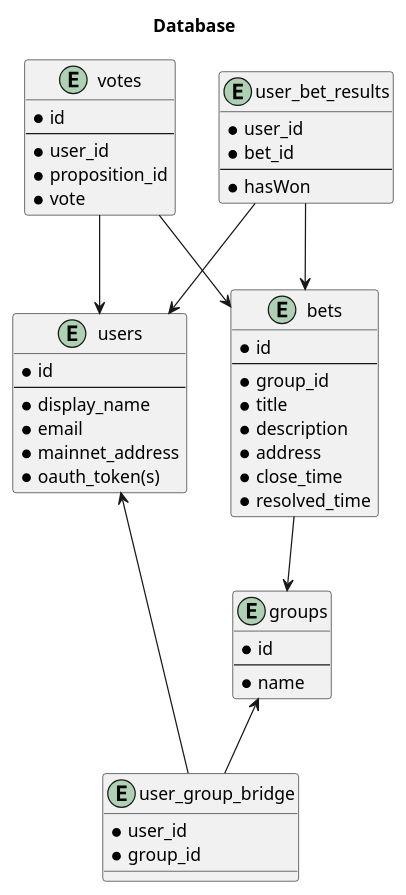
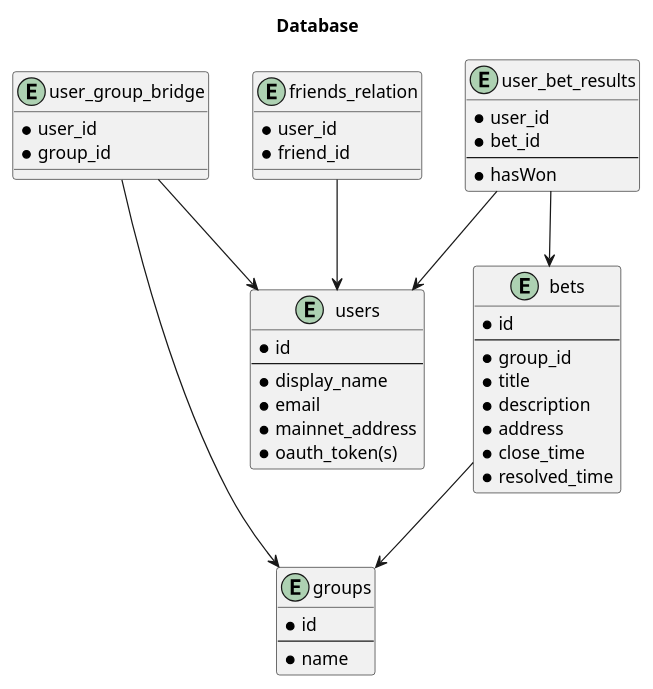
One commit to adhurjaty/prediction-app changed the diagram in docs/Diagrams/src/Database/db.puml. Above: the diagram before and after it, drawn with PlantUML. The commit also changed 1 other file, not shown here.

Commit message:
further updates db diagram

```diff
--- a/docs/Diagrams/src/Database/db.puml
+++ b/docs/Diagrams/src/Database/db.puml
@@ -1,59 +1,56 @@
 @startuml database
 
 title Database
 
 entity users {
     * id
     ---
     * display_name
     * email
     * mainnet_address
     * oauth_token(s)
 }
 
 entity groups {
     * id
     ---
     * name
 }
 
 entity user_group_bridge {
     * user_id
     * group_id
 }
 
 entity bets {
     * id
     ---
     * group_id
     * title
     * description
     * address
     * close_time
     * resolved_time
 }
 
-entity votes {
-    * id
-    ---
-    * user_id
-    * proposition_id
-    * vote
-}
-
 entity user_bet_results {
     * user_id
     * bet_id
     ---
     * hasWon
 }
 
-users <-- user_group_bridge
-groups <-- user_group_bridge
-bets --> groups
-votes --> users
-votes --> bets
+entity friends_relation {
+    * user_id
+    * friend_id
+}
+
+user_group_bridge --> users
+user_group_bridge --> groups
 user_bet_results --> users
 user_bet_results --> bets
+friends_relation --> users
+bets --> groups
+
 
 @enduml
```
